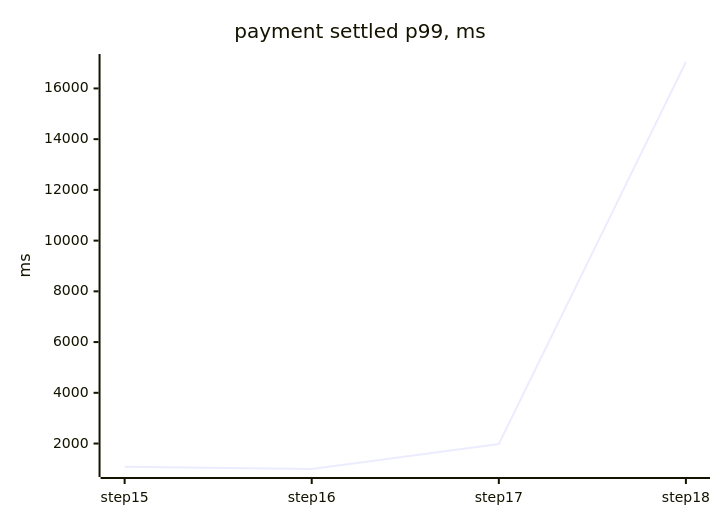
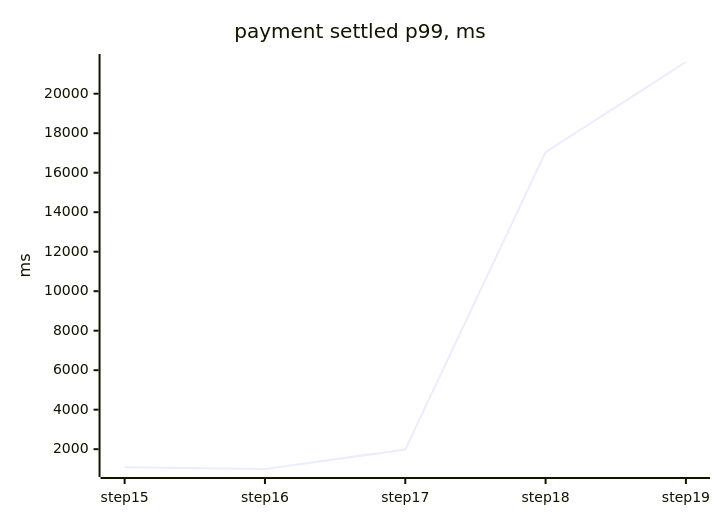
One commit to tanvoid0/ledgerflow changed the fourth of 4 diagrams in docs/perf/README.md. Above: the diagram before and after it, drawn with Mermaid. The commit also changed other lines of this file and 6 other files, not shown here.

````diff
--- a/docs/perf/README.md
+++ b/docs/perf/README.md
@@ -90,7 +93,7 @@
 ```mermaid
 xychart-beta
     title "payment settled p99, ms"
-    x-axis ["step15", "step16", "step17", "step18"]
+    x-axis ["step15", "step16", "step17", "step18", "step19"]
     y-axis "ms"
-    line [1088, 996, 1982, 17042]
+    line [1088, 996, 1982, 17042, 21606]
 ```
````
